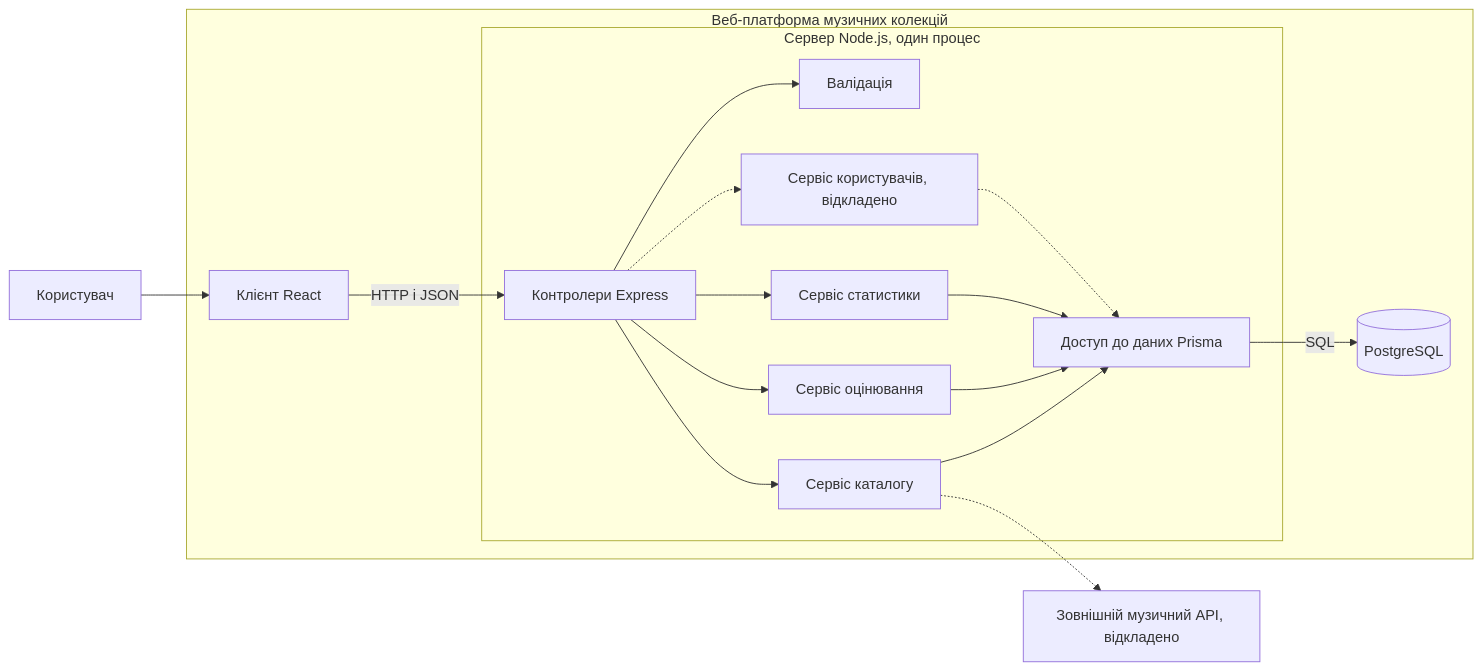
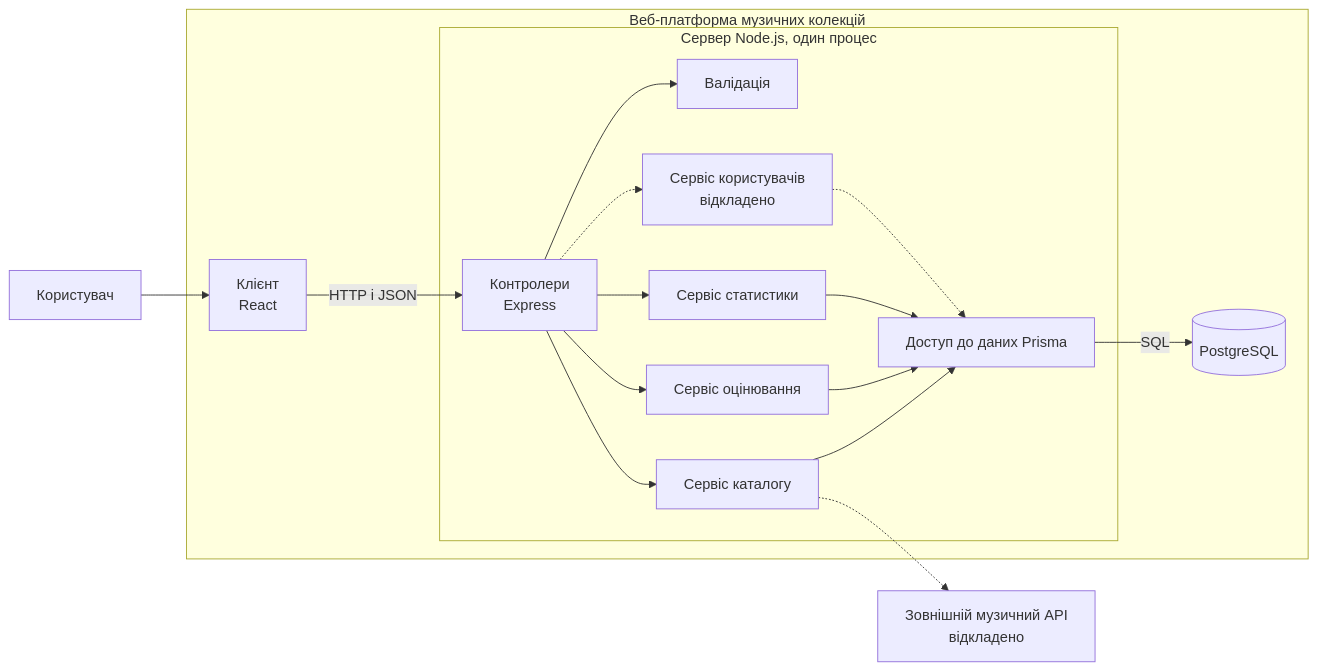
The diagram in docs/architecture.md (kirilvolkov47/music-collection-platform), drawn with Mermaid before and after one commit.

Commit message:
docs: fix diagram labels

````diff
--- a/docs/architecture.md
+++ b/docs/architecture.md
@@ -83,36 +83,36 @@
 ```mermaid
 flowchart LR
     User[Користувач]
 
     subgraph System[Веб-платформа музичних колекцій]
-        Client[Клієнт React]
+        Client[Клієнт<br/>React]
 
         subgraph Server[Сервер Node.js, один процес]
-            Controllers[Контролери Express]
+            Controllers[Контролери<br/>Express]
             Validation[Валідація]
             Catalog[Сервіс каталогу]
             Rating[Сервіс оцінювання]
             Stats[Сервіс статистики]
-            Users["Сервіс користувачів, відкладено"]
+            Users["Сервіс користувачів<br/>відкладено"]
             Data[Доступ до даних Prisma]
         end
 
         DB[(PostgreSQL)]
     end
 
-    Api["Зовнішній музичний API, відкладено"]
+    Api["Зовнішній музичний API<br/>відкладено"]
 
     User --> Client
     Client -->|HTTP і JSON| Controllers
     Controllers --> Validation
     Controllers --> Catalog
     Controllers --> Rating
     Controllers --> Stats
     Controllers -.-> Users
     Catalog --> Data
     Rating --> Data
     Stats --> Data
     Users -.-> Data
     Data -->|SQL| DB
     Catalog -.-> Api
 ```
````
